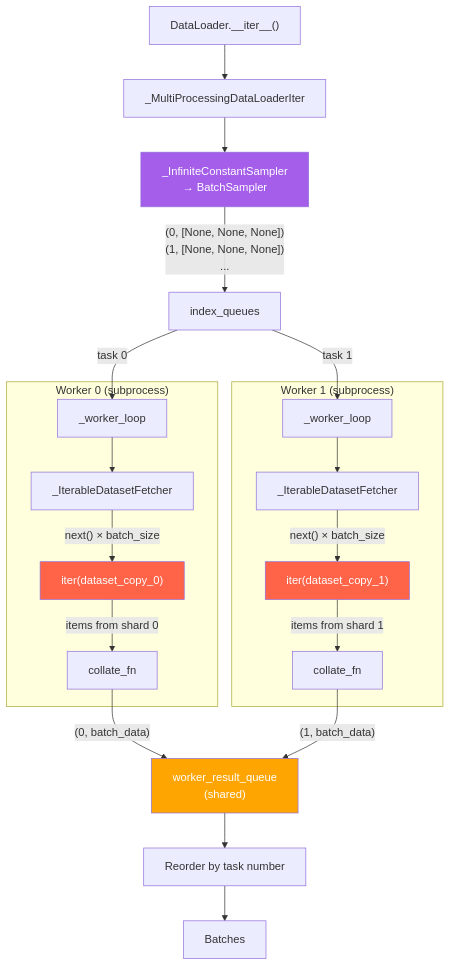
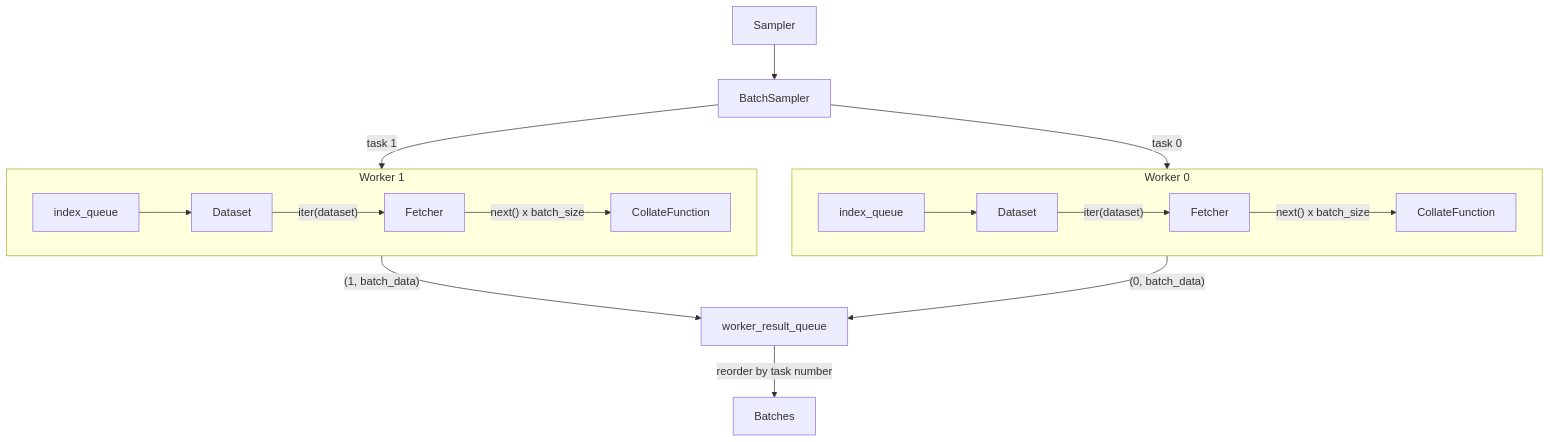
Before and after one commit to galtay/learn-torch-dataloaders: the fifth of 5 diagrams in docs/architecture.md, drawn with Mermaid. The commit also changed other lines of this file, not shown here.

First line of the commit message:
Simplify and improve architecture diagrams

````diff
--- a/docs/architecture.md
+++ b/docs/architecture.md
@@ -158,39 +113,24 @@
 ```mermaid
 flowchart TD
-    A["DataLoader.__iter__()"] --> B["_MultiProcessingDataLoaderIter"]
+    S["Sampler"] --> BS["BatchSampler"]
 
-    B --> C["_InfiniteConstantSampler<br/>→ BatchSampler"]
-    C -->|"(0, [None, None, None])<br/>(1, [None, None, None])<br/>..."| D["index_queues"]
-
-    subgraph "Worker 0 (subprocess)"
-        W0["_worker_loop"]
-        DS0["iter(dataset_copy_0)"]
-        F0["_IterableDatasetFetcher"]
-        W0 --> F0
-        F0 -->|"next() × batch_size"| DS0
-        DS0 -->|"items from shard 0"| C0["collate_fn"]
+    subgraph "Worker 0"
+        direction LR
+        IQ0["index_queue"] --> DS0["Dataset"] -->|"iter(dataset)"| F0["Fetcher"]
+        F0 -->|"next() x batch_size"| CF0["CollateFunction"]
     end
 
-    subgraph "Worker 1 (subprocess)"
-        W1["_worker_loop"]
-        DS1["iter(dataset_copy_1)"]
-        F1["_IterableDatasetFetcher"]
-        W1 --> F1
-        F1 -->|"next() × batch_size"| DS1
-        DS1 -->|"items from shard 1"| C1["collate_fn"]
+    subgraph "Worker 1"
+        direction LR
+        IQ1["index_queue"] --> DS1["Dataset"] -->|"iter(dataset)"| F1["Fetcher"]
+        F1 -->|"next() x batch_size"| CF1["CollateFunction"]
     end
 
-    D -->|"task 0"| W0
-    D -->|"task 1"| W1
+    BS -->|"task 0"| IQ0
+    BS -->|"task 1"| IQ1
 
-    C0 -->|"(0, batch_data)"| RQ["worker_result_queue<br/>(shared)"]
-    C1 -->|"(1, batch_data)"| RQ
+    CF0 -->|"(0, batch_data)"| RQ["worker_result_queue"]
+    CF1 -->|"(1, batch_data)"| RQ
 
-    RQ --> REORDER["Reorder by task number"]
-    REORDER --> OUT["Batches"]
-
-    style C fill:#a55eea,color:#fff
-    style DS0 fill:#ff6348,color:#fff
-    style DS1 fill:#ff6348,color:#fff
-    style RQ fill:#ffa502,color:#fff
+    RQ -->|"reorder by task number"| OUT["Batches"]
 ```
````
